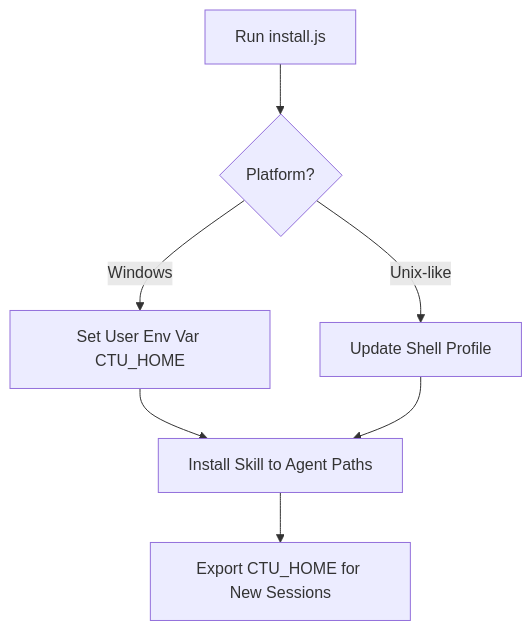
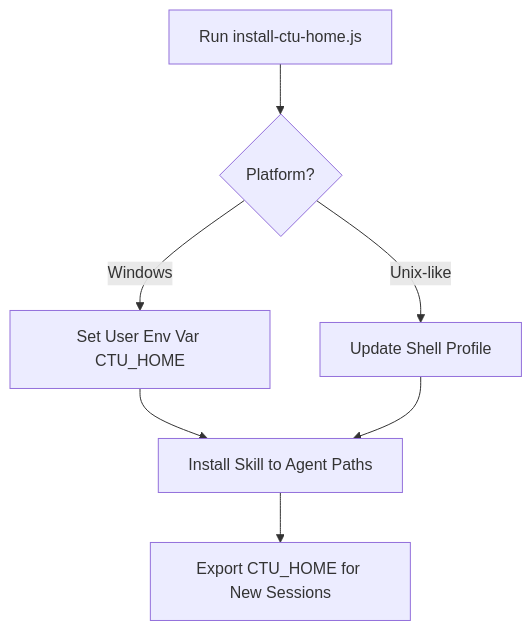
The fourth of 8 diagrams in .qoder/repowiki/en/content/AI Agent Integration/AI Agent Integration.md (pingwurth/code-to-uml), drawn with Mermaid before and after one commit. The commit also changed other lines of this file and 21 other files, not shown here.

Commit message:
chore(docs): 删除 Code-To-UML 介绍文档

````diff
--- a/.qoder/repowiki/en/content/AI Agent Integration/AI Agent Integration.md
+++ b/.qoder/repowiki/en/content/AI Agent Integration/AI Agent Integration.md
@@ -222,9 +226,9 @@
 ```mermaid
 flowchart TD
-A["Run install.js"] --> B{"Platform?"}
+A["Run install-ctu-home.js"] --> B{"Platform?"}
 B --> |Windows| C["Set User Env Var CTU_HOME"]
 B --> |Unix-like| D["Update Shell Profile"]
 C --> E["Install Skill to Agent Paths"]
 D --> E
 E --> F["Export CTU_HOME for New Sessions"]
 ```
````
